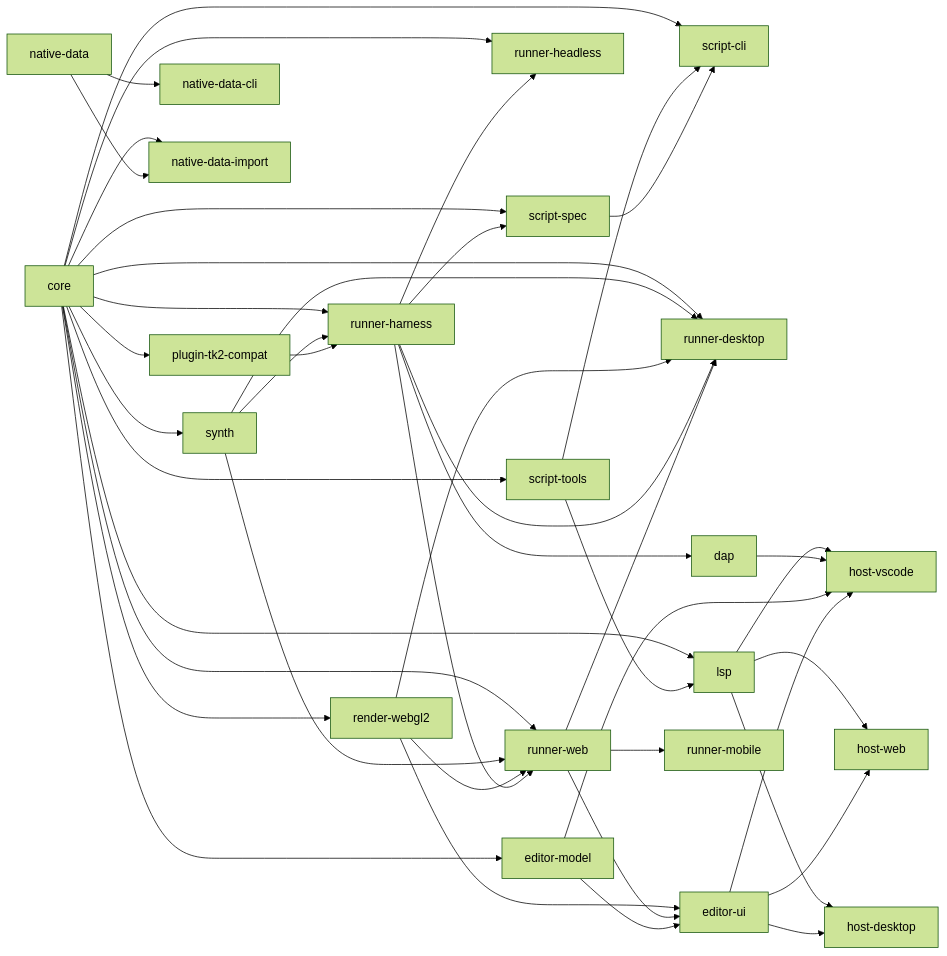
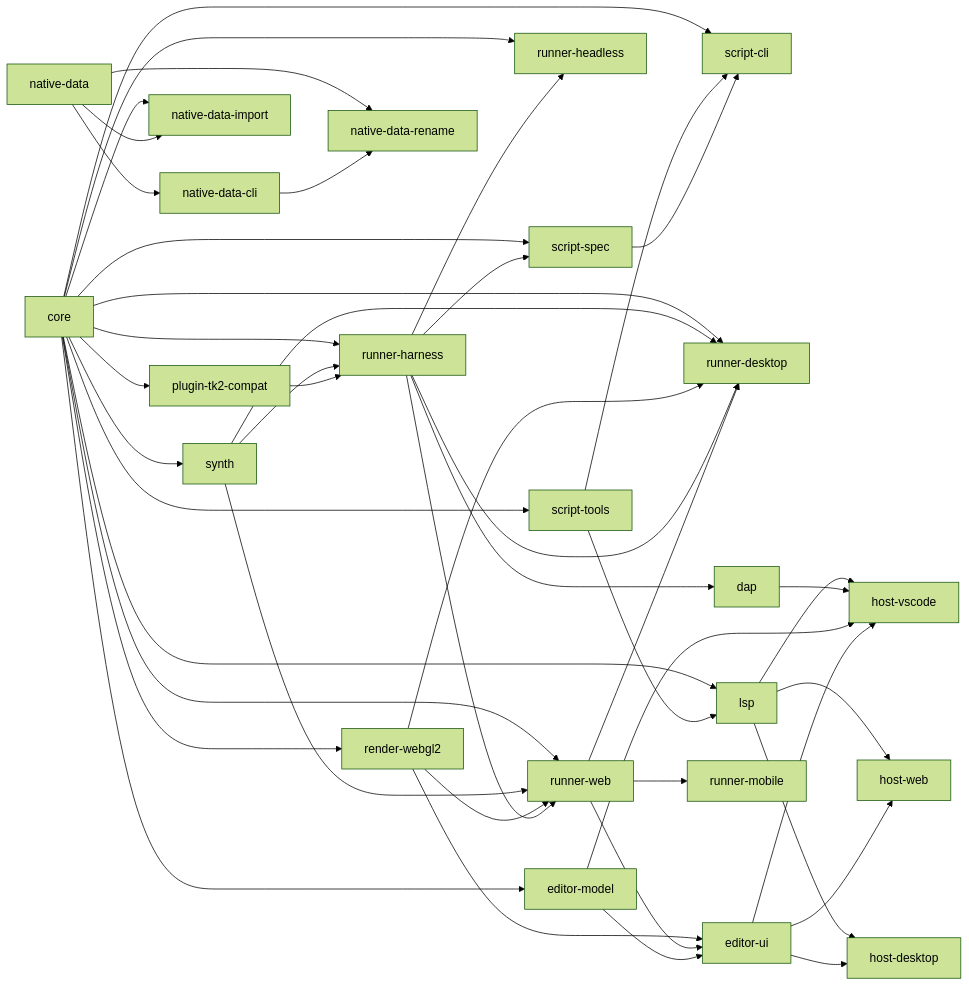
One commit to IG-ABHINAV/rpgtoolkit-reawakened changed the first of 3 diagrams in _bmad-output/initiative-rpgtoolkit-reawakened/architecture-rpgtoolkit-reawakened/architecture-rpgtoolkit-reawakened.md. Above: the diagram before and after it, drawn with Mermaid (forest theme). The commit also changed 26 other files, not shown here.

Commit message:
feat: rename tool for native documents keeps references and sidecar links valid (#1806)

````diff
--- a/_bmad-output/initiative-rpgtoolkit-reawakened/architecture-rpgtoolkit-reawakened/architecture-rpgtoolkit-reawakened.md
+++ b/_bmad-output/initiative-rpgtoolkit-reawakened/architecture-rpgtoolkit-reawakened/architecture-rpgtoolkit-reawakened.md
@@ -41,45 +41,47 @@
 ```mermaid
 graph LR
   core --> scripttools[script-tools]
   core --> scriptcli[script-cli]
   core --> synth
   core --> renderwebgl2[render-webgl2]
   core --> runnerharness[runner-harness]
   core --> runnerheadless[runner-headless]
   core --> runnerweb[runner-web]
   core --> runnerdesktop[runner-desktop]
   core --> lsp
   core --> scriptspec[script-spec]
   core --> editormodel[editor-model]
   core --> plugintk2compat[plugin-tk2-compat]
   scripttools --> lsp
   scripttools --> scriptcli
   scriptspec --> scriptcli
   synth --> runnerharness
   synth --> runnerweb
   synth --> runnerdesktop
   renderwebgl2 --> runnerweb
   renderwebgl2 --> runnerdesktop
   renderwebgl2 --> editorui[editor-ui]
   runnerharness --> runnerheadless
   runnerharness --> runnerweb
   runnerharness --> runnerdesktop
   runnerharness --> scriptspec
   runnerharness --> dap
   runnerweb --> runnerdesktop
   runnerweb --> runnermobile[runner-mobile]
   runnerweb --> editorui
   lsp --> hostvscode[host-vscode]
   lsp --> hostweb[host-web]
   lsp --> hostdesktop[host-desktop]
   dap --> hostvscode
   editormodel --> editorui
   editormodel --> hostvscode
   editorui --> hostvscode
   editorui --> hostweb
   editorui --> hostdesktop
   plugintk2compat --> runnerharness
   nativedata[native-data] --> nativedatacli[native-data-cli]
   core --> nativedataimport[native-data-import]
   nativedata --> nativedataimport
+  nativedata --> nativedatarename[native-data-rename]
+  nativedatacli --> nativedatarename
 ```
````
